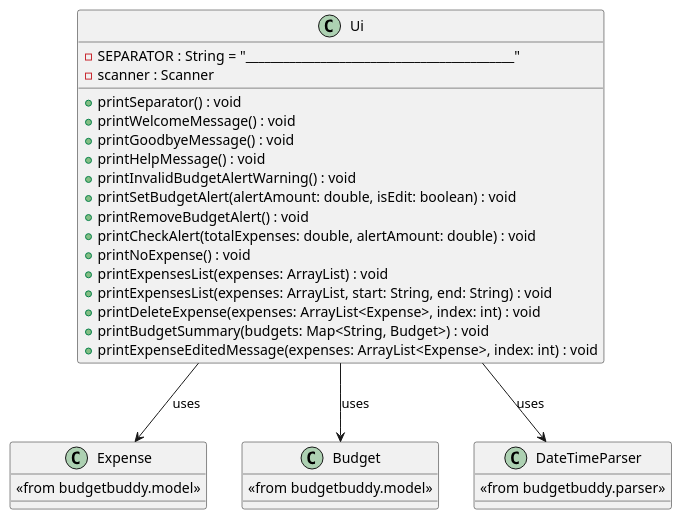
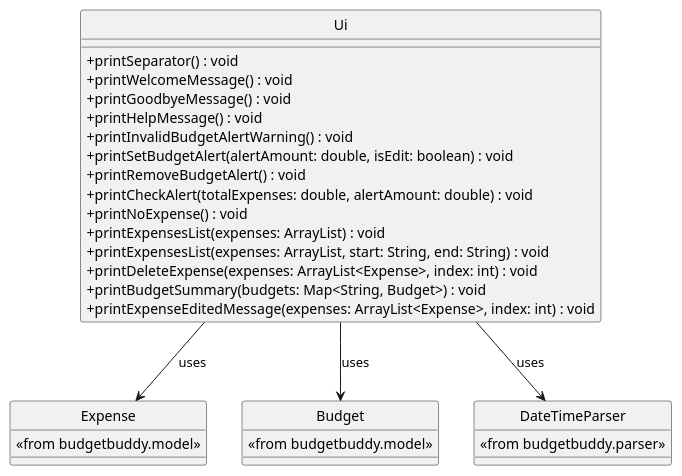
One commit to AY2425S2-CS2113-T12-4/tp changed the diagram in docs/diagrams/UIClassDiagram.puml. Above: the diagram before and after it, drawn with PlantUML. The commit also changed 1 other file, not shown here.

Commit message:
Remove circle for UI class diagram

```diff
--- a/docs/diagrams/UIClassDiagram.puml
+++ b/docs/diagrams/UIClassDiagram.puml
@@ -1,37 +1,38 @@
 @startuml
+
+hide circle
+skinparam classAttributeIconSize 0
+
 class Ui {
-    - SEPARATOR : String = "___________________________________________"
-    - scanner : Scanner
-
     + printSeparator() : void
     + printWelcomeMessage() : void
     + printGoodbyeMessage() : void
     + printHelpMessage() : void
     + printInvalidBudgetAlertWarning() : void
     + printSetBudgetAlert(alertAmount: double, isEdit: boolean) : void
     + printRemoveBudgetAlert() : void
     + printCheckAlert(totalExpenses: double, alertAmount: double) : void
     + printNoExpense() : void
     + printExpensesList(expenses: ArrayList) : void
     + printExpensesList(expenses: ArrayList, start: String, end: String) : void
     + printDeleteExpense(expenses: ArrayList<Expense>, index: int) : void
     + printBudgetSummary(budgets: Map<String, Budget>) : void
     + printExpenseEditedMessage(expenses: ArrayList<Expense>, index: int) : void
 }
 
 class Expense {
     <<from budgetbuddy.model>>
 }
 
 class Budget {
     <<from budgetbuddy.model>>
 }
 
 class DateTimeParser {
     <<from budgetbuddy.parser>>
 }
 
 Ui --> Expense : uses
 Ui --> Budget : uses
 Ui --> DateTimeParser : uses
 @enduml
```
